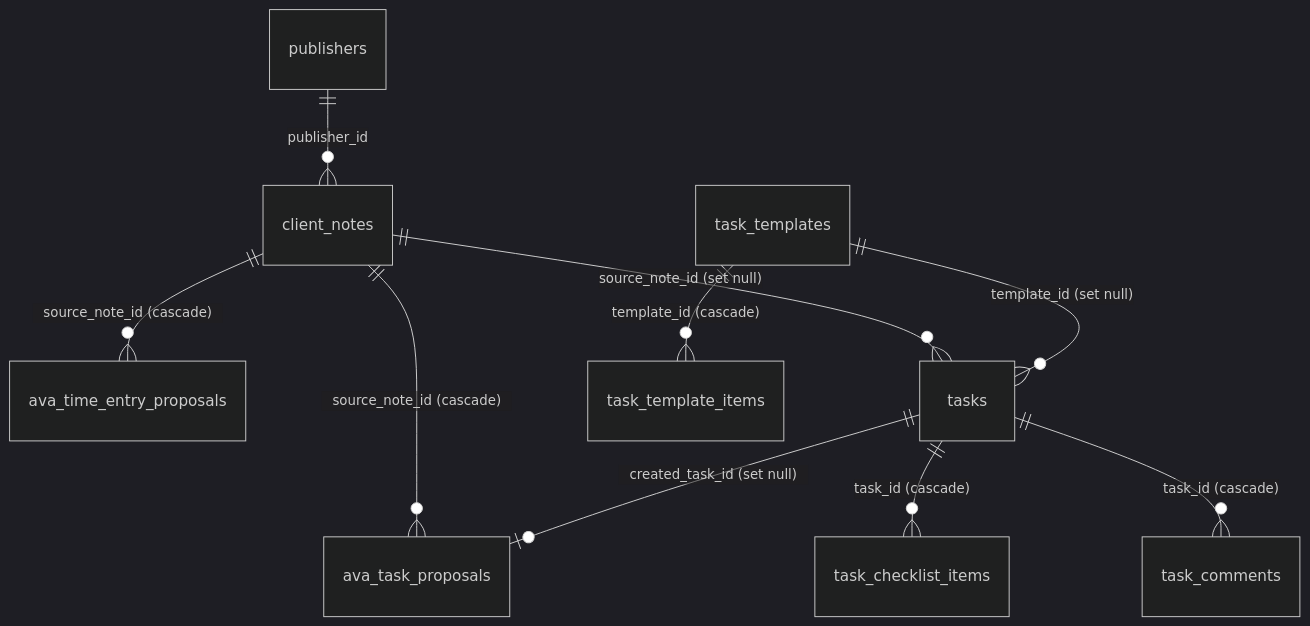
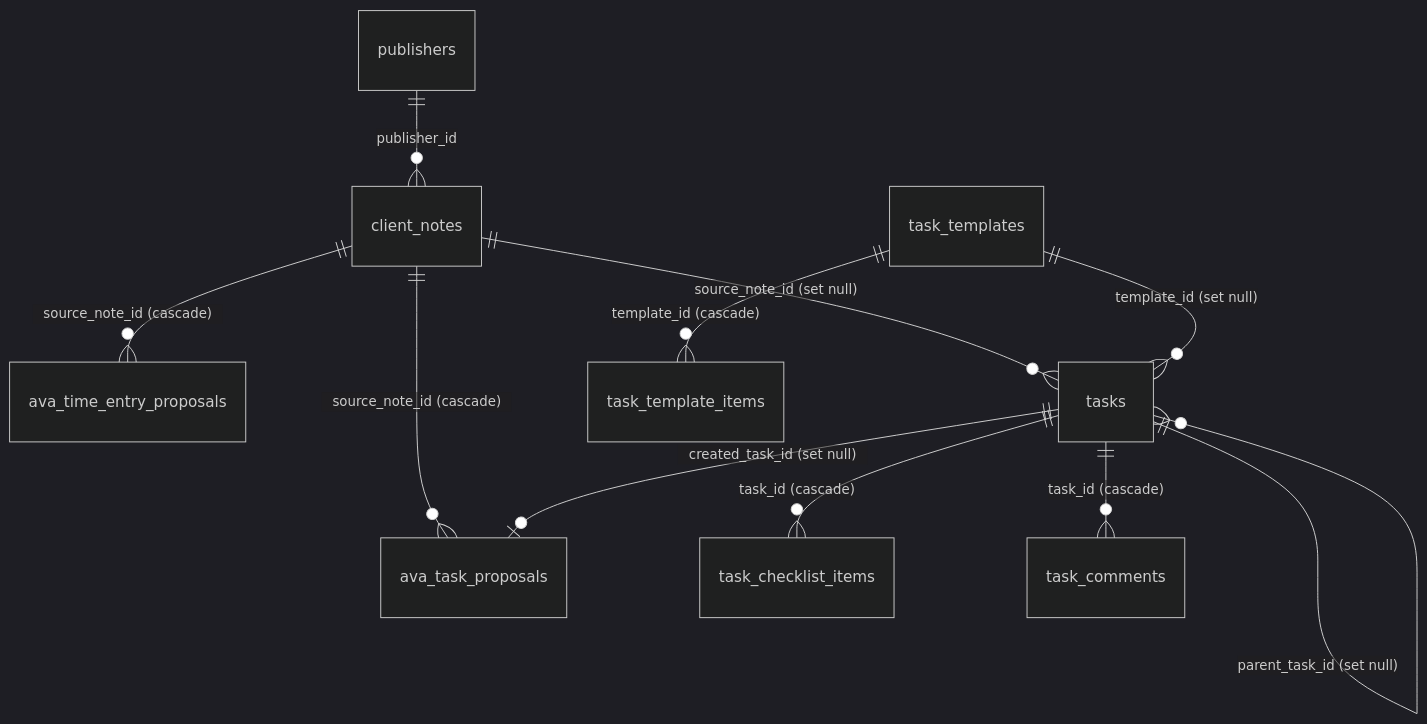
Before and after one commit to lukefitzpatrick-am/assembledview: the second of 2 diagrams in docs/brain/DATA-MODEL.md, drawn with Mermaid (dark theme). The commit also changed other lines of this file and 21 other files, not shown here.

````diff
--- a/docs/brain/DATA-MODEL.md
+++ b/docs/brain/DATA-MODEL.md
@@ -134,12 +134,13 @@
 ```mermaid
 erDiagram
     client_notes ||--o{ ava_task_proposals : "source_note_id (cascade)"
     client_notes ||--o{ ava_time_entry_proposals : "source_note_id (cascade)"
     client_notes ||--o{ tasks : "source_note_id (set null)"
     tasks ||--o| ava_task_proposals : "created_task_id (set null)"
     tasks ||--o{ task_checklist_items : "task_id (cascade)"
     tasks ||--o{ task_comments : "task_id (cascade)"
+    tasks ||--o{ tasks : "parent_task_id (set null)"
     task_templates ||--o{ task_template_items : "template_id (cascade)"
     task_templates ||--o{ tasks : "template_id (set null)"
     publishers ||--o{ client_notes : "publisher_id"
 ```
````
